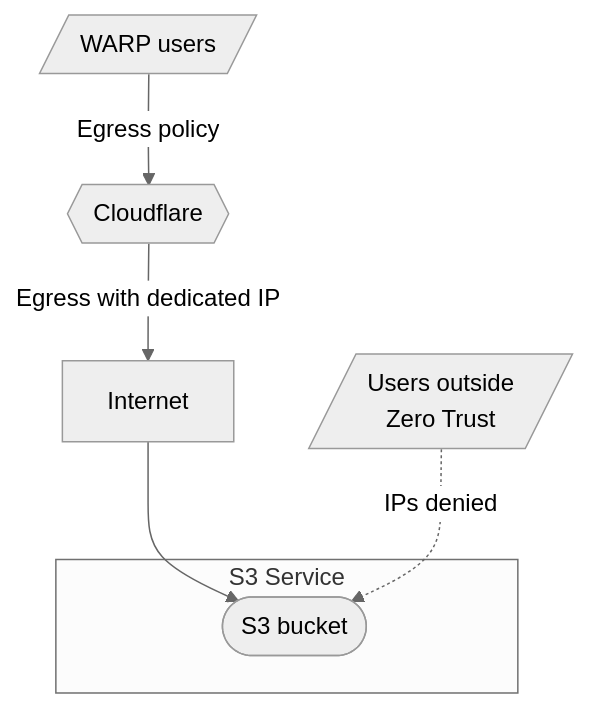
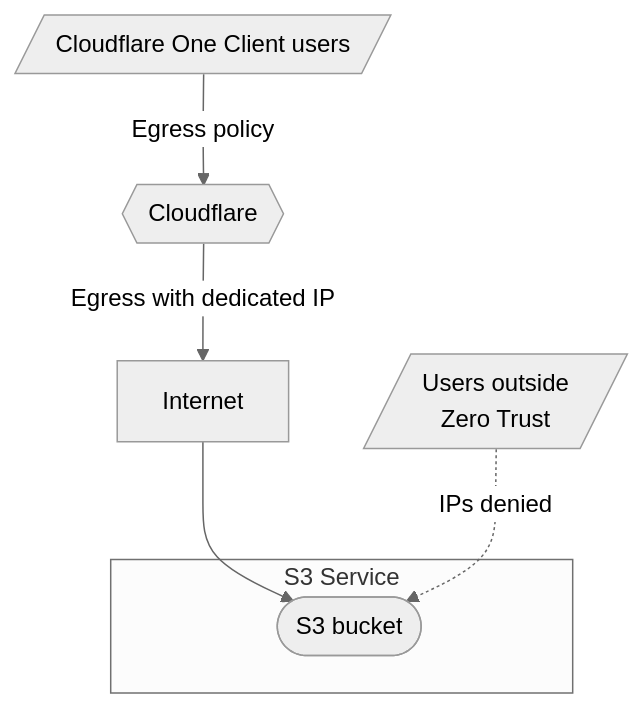
One commit to rdhanarot/cloudflare-docs changed the second of 2 diagrams in src/content/docs/cloudflare-one/tutorials/s3-buckets.mdx. Above: the diagram before and after it, drawn with Mermaid (neutral theme). The commit also changed other lines of this file and 22 other files, not shown here.

First line of the commit message:
[ZT] WARP Client --> Cloudflare One Client image audit (#29104)

````diff
--- a/src/content/docs/cloudflare-one/tutorials/s3-buckets.mdx
+++ b/src/content/docs/cloudflare-one/tutorials/s3-buckets.mdx
@@ -128,12 +128,12 @@
 ```mermaid
 flowchart TB
-    cf1[/WARP users/]--Egress policy-->cf2{{Cloudflare}}
+    cf1[/Cloudflare One Client users/]--Egress policy-->cf2{{Cloudflare}}
     cf2--Egress with dedicated IP-->i1[Internet]
     i1-->s3_1
 
     subgraph S3 Service
     s3_1([S3 bucket])
     end
 
     i2[/Users outside </br> Zero Trust/]-. "IPs denied" .->s3_1
 ```
````
